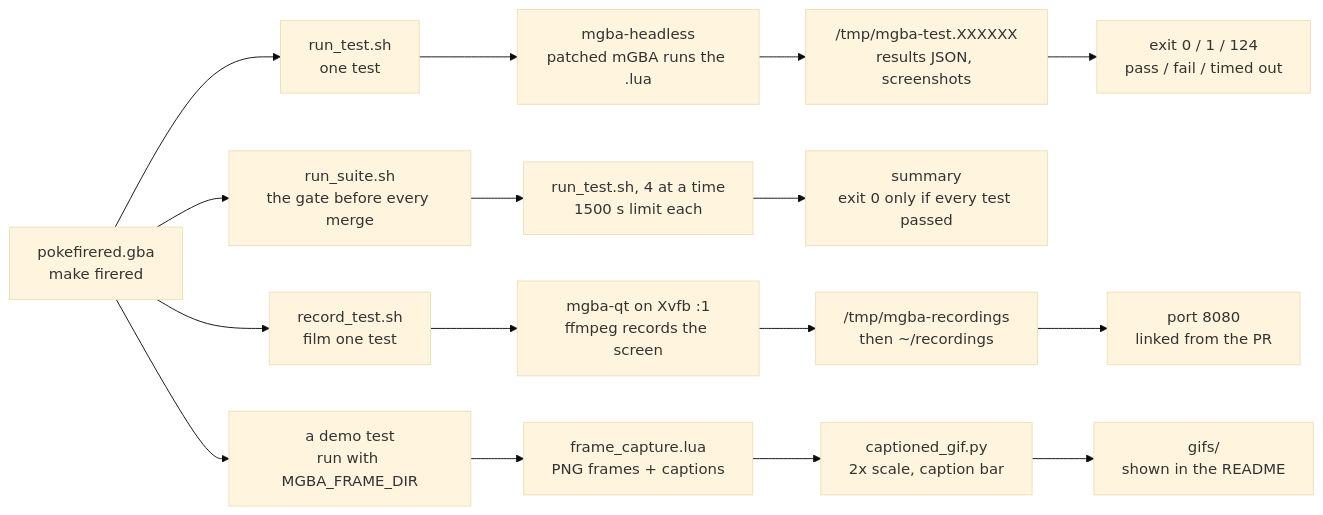
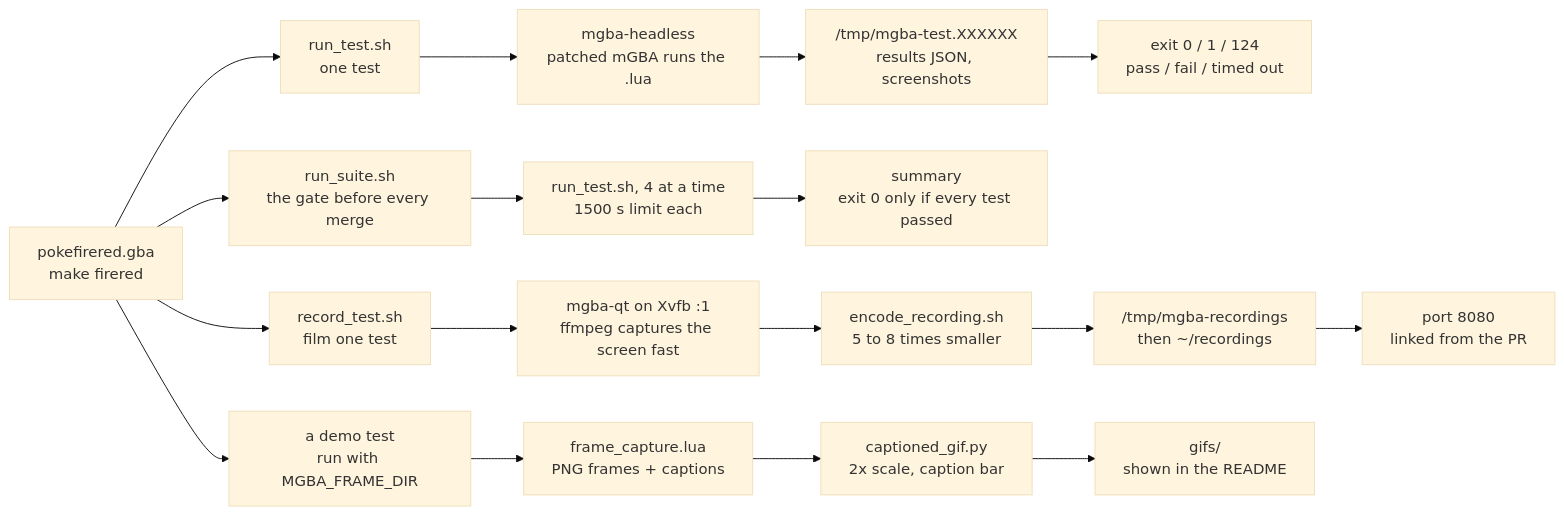
The third of 3 diagrams in docs/SYSTEM_MAP.md (MinimalEffort07/pokefirered), drawn with Mermaid (base theme) before and after one commit. The commit also changed other lines of this file and 1 other file, not shown here.

Commit message:
Docs: recordings are encoded small; the shrink tool (#108)

````diff
--- a/docs/SYSTEM_MAP.md
+++ b/docs/SYSTEM_MAP.md
@@ -126,8 +126,8 @@
 ```mermaid
 flowchart LR
   ROM["pokefirered.gba<br/>make firered"]
   ROM --> RT["run_test.sh<br/>one test"] --> HL["mgba-headless<br/>patched mGBA runs the .lua"] --> OUT["/tmp/mgba-test.XXXXXX<br/>results JSON, screenshots"] --> EX["exit 0 / 1 / 124<br/>pass / fail / timed out"]
   ROM --> RS["run_suite.sh<br/>the gate before every merge"] --> X4["run_test.sh, 4 at a time<br/>1500 s limit each"] --> SUM["summary<br/>exit 0 only if every test passed"]
-  ROM --> RC["record_test.sh<br/>film one test"] --> QT["mgba-qt on Xvfb :1<br/>ffmpeg records the screen"] --> MP4["/tmp/mgba-recordings<br/>then ~/recordings"] --> SRV["port 8080<br/>linked from the PR"]
+  ROM --> RC["record_test.sh<br/>film one test"] --> QT["mgba-qt on Xvfb :1<br/>ffmpeg captures the screen fast"] --> ENC["encode_recording.sh<br/>5 to 8 times smaller"] --> MP4["/tmp/mgba-recordings<br/>then ~/recordings"] --> SRV["port 8080<br/>linked from the PR"]
   ROM --> DM["a demo test<br/>run with MGBA_FRAME_DIR"] --> FC["frame_capture.lua<br/>PNG frames + captions"] --> CG["captioned_gif.py<br/>2x scale, caption bar"] --> GIF["gifs/<br/>shown in the README"]
 ```
````
